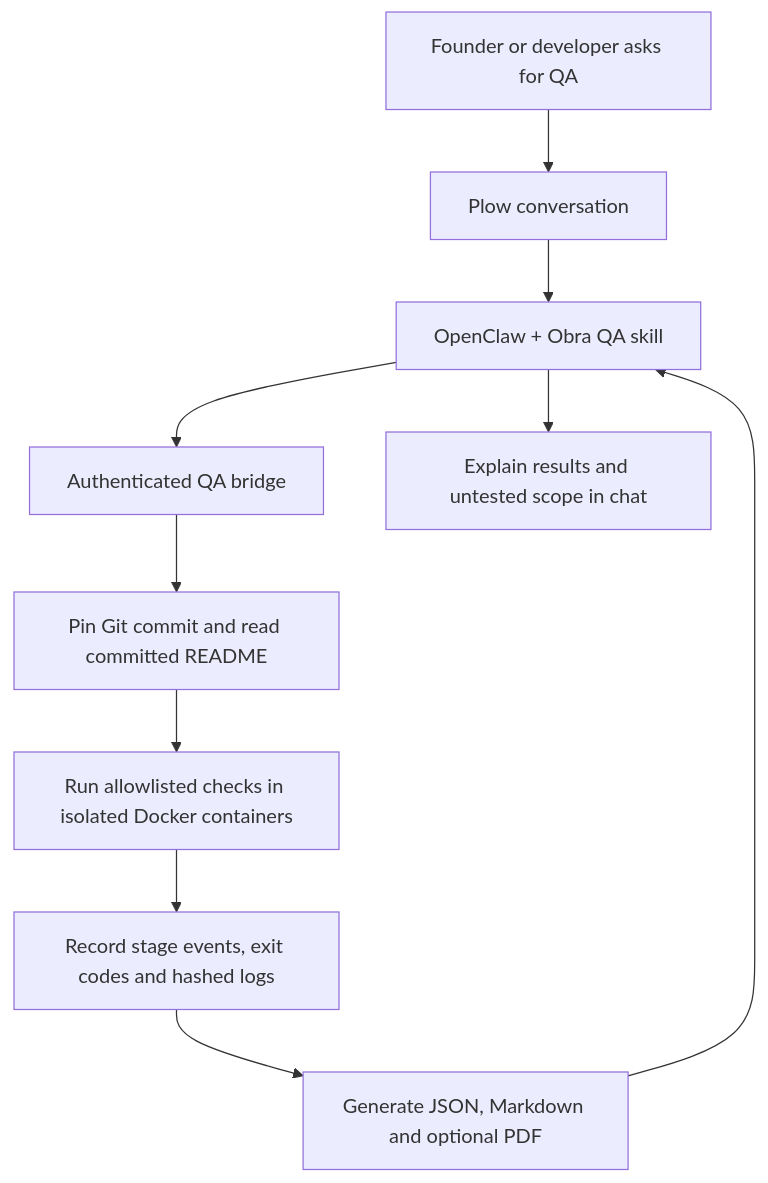
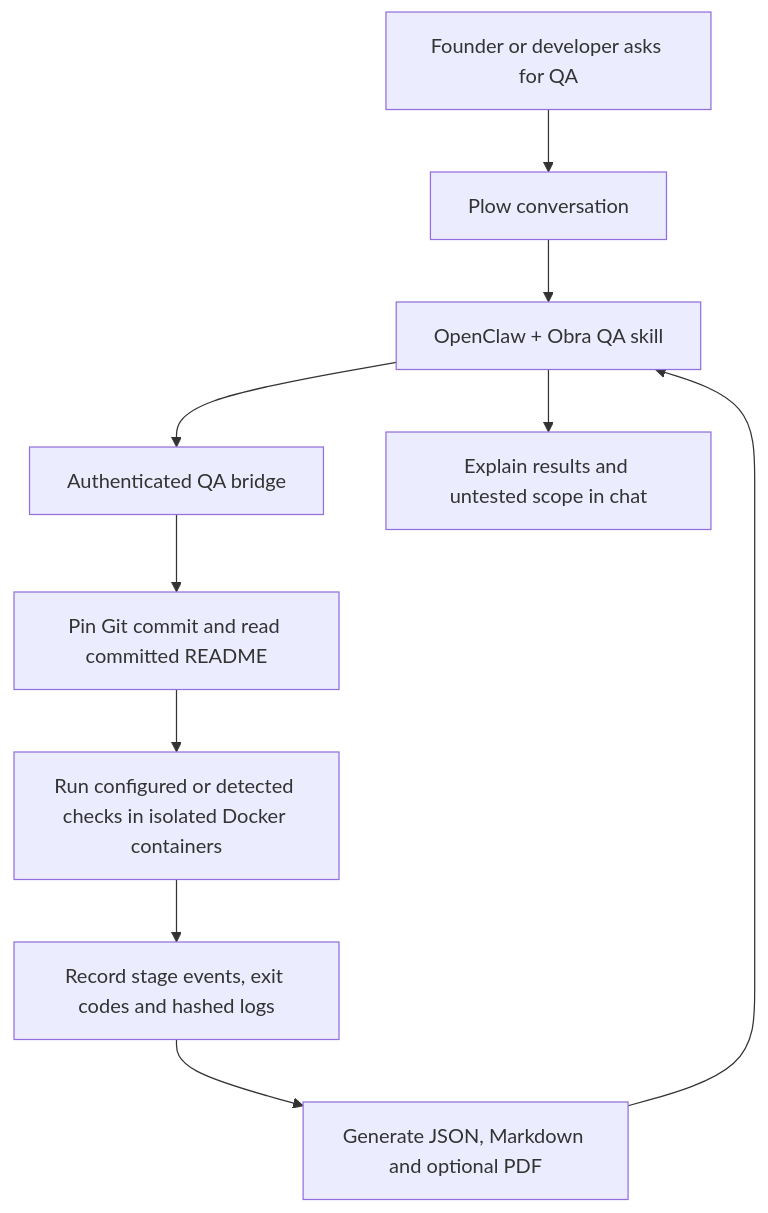
One commit to gilvanecesar/obra-qa changed the diagram in README.md. Above: the diagram before and after it, drawn with Mermaid. The commit also changed other lines of this file and 7 other files, not shown here.

Commit message:
feat: run isolated QA checks from public GitHub repository links

````diff
--- a/README.md
+++ b/README.md
@@ -44,12 +50,12 @@
 ```mermaid
 flowchart TD
     U[Founder or developer asks for QA] --> P[Plow conversation]
     P --> O[OpenClaw + Obra QA skill]
     O --> B[Authenticated QA bridge]
     B --> G[Pin Git commit and read committed README]
-    G --> R[Run allowlisted checks in isolated Docker containers]
+    G --> R[Run configured or detected checks in isolated Docker containers]
     R --> E[Record stage events, exit codes and hashed logs]
     E --> F[Generate JSON, Markdown and optional PDF]
     F --> O
     O --> A[Explain results and untested scope in chat]
 ```
````
